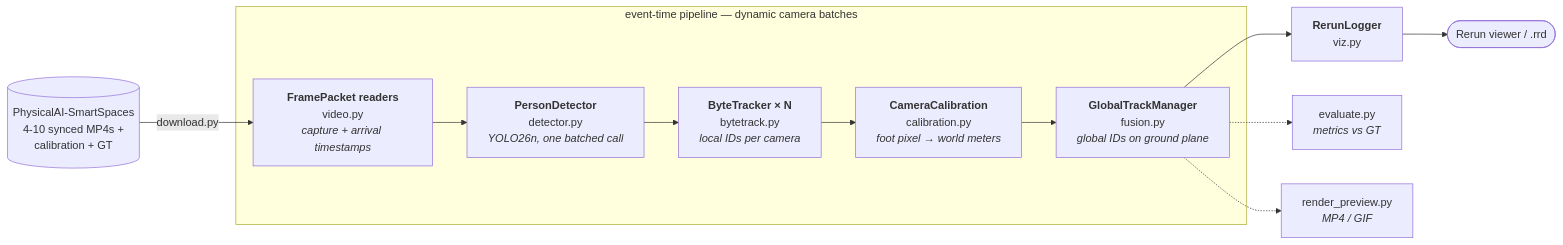
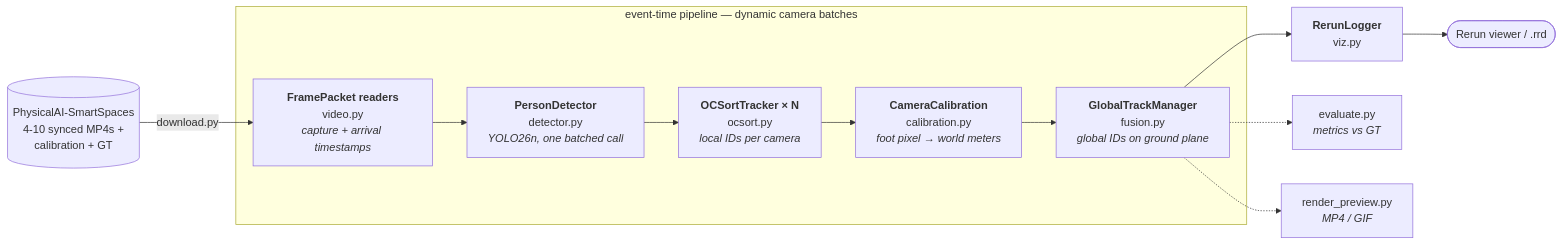
One commit to hahoangtuanhung-hust/Multi-Camera-Tracking changed the first of 2 diagrams in README.md. Above: the diagram before and after it, drawn with Mermaid. The commit also changed other lines of this file and 6 other files, not shown here.

````diff
--- a/README.md
+++ b/README.md
@@ -153,17 +185,17 @@
 ```mermaid
 flowchart LR
     subgraph tick ["event-time pipeline — dynamic camera batches"]
         V["<b>FramePacket readers</b><br/>video.py<br/><i>capture + arrival timestamps</i>"]
         D["<b>PersonDetector</b><br/>detector.py<br/><i>YOLO26n, one batched call</i>"]
-        T["<b>ByteTracker × N</b><br/>bytetrack.py<br/><i>local IDs per camera</i>"]
+        T["<b>OCSortTracker × N</b><br/>ocsort.py<br/><i>local IDs per camera</i>"]
         P["<b>CameraCalibration</b><br/>calibration.py<br/><i>foot pixel → world meters</i>"]
         F["<b>GlobalTrackManager</b><br/>fusion.py<br/><i>global IDs on ground plane</i>"]
         V --> D --> T --> P --> F
     end
 
     DS[("PhysicalAI-SmartSpaces<br/>4-10 synced MP4s +<br/>calibration + GT")] -->|download.py| V
     F --> RL["<b>RerunLogger</b><br/>viz.py"]
     RL --> RV(["Rerun viewer / .rrd"])
     F -.-> EV["evaluate.py<br/><i>metrics vs GT</i>"]
     F -.-> RP["render_preview.py<br/><i>MP4 / GIF</i>"]
 ```
````
